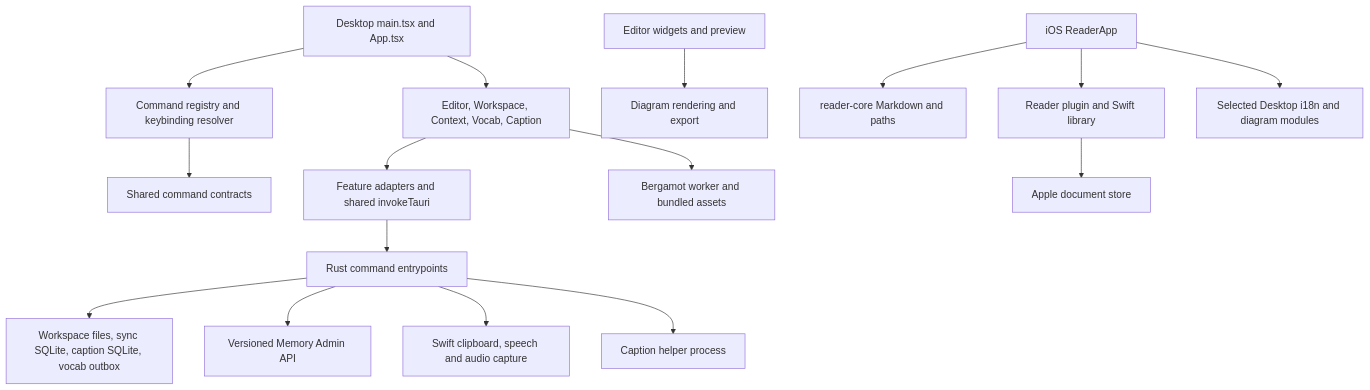
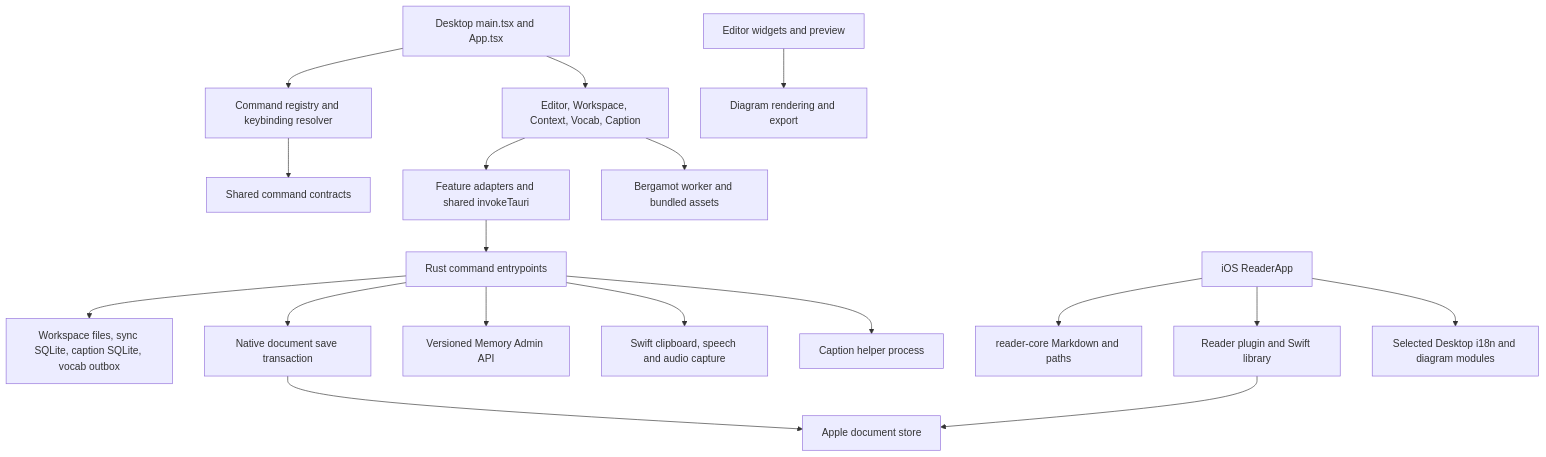
Before and after one commit to smartscity/polarbear: the diagram in docs/refactoring/architecture-audit.md, drawn with Mermaid. The commit also changed other lines of this file and 19 other files, not shown here.

````diff
--- a/docs/refactoring/architecture-audit.md
+++ b/docs/refactoring/architecture-audit.md
@@ -13,18 +13,20 @@
 ```mermaid
 flowchart TD
   Desktop[Desktop main.tsx and App.tsx] --> Commands[Command registry and keybinding resolver]
   Desktop --> Features[Editor, Workspace, Context, Vocab, Caption]
   Commands --> Contracts[Shared command contracts]
   Features --> IPC[Feature adapters and shared invokeTauri]
   IPC --> Native[Rust command entrypoints]
   Native --> Storage[Workspace files, sync SQLite, caption SQLite, vocab outbox]
+  Native --> Save[Native document save transaction]
+  Save --> DocumentStore
   Native --> Admin[Versioned Memory Admin API]
   Native --> Mac[Swift clipboard, speech and audio capture]
   Native --> ASR[Caption helper process]
   Features --> Translation[Bergamot worker and bundled assets]
   Editor[Editor widgets and preview] --> Diagram[Diagram rendering and export]
   IOS[iOS ReaderApp] --> ReaderCore[reader-core Markdown and paths]
   IOS --> IOSPlugin[Reader plugin and Swift library]
   IOS --> Shared[Selected Desktop i18n and diagram modules]
   IOSPlugin --> DocumentStore[Apple document store]
 ```
````
